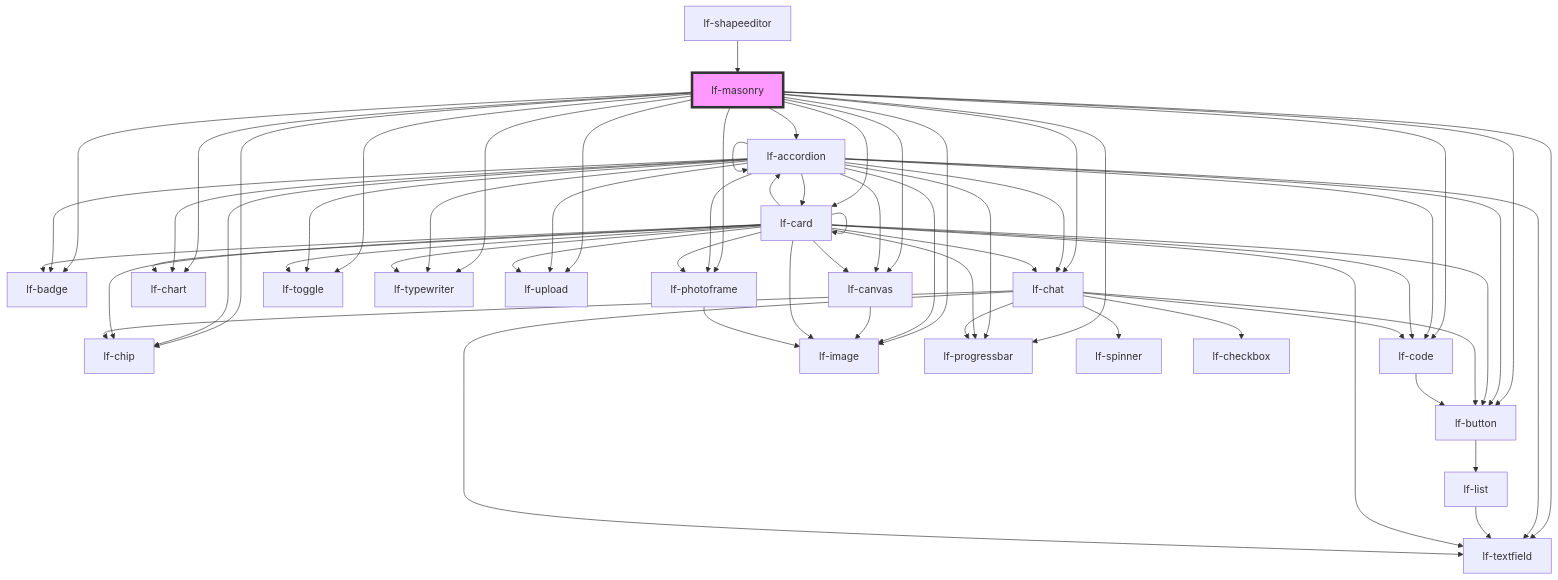
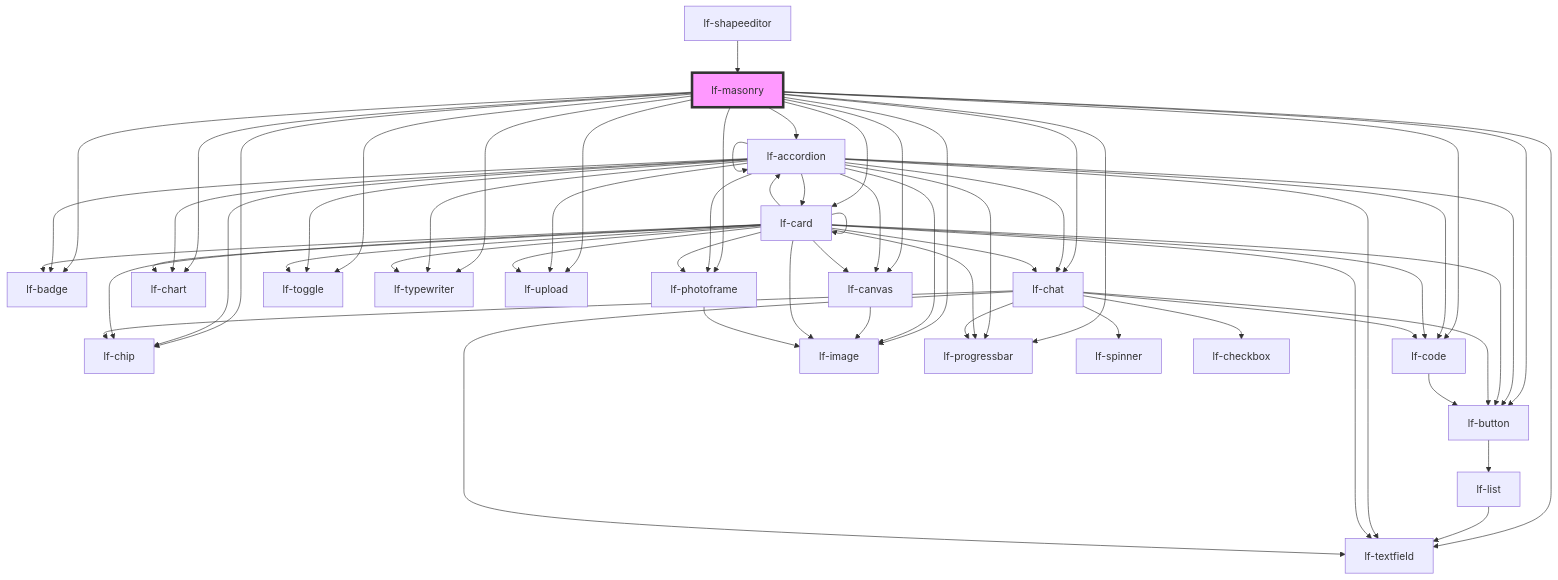
Before and after one commit to lucafoscili/lf-widgets: the diagram in packages/core/src/components/lf-masonry/readme.md, drawn with Mermaid. The commit also changed other lines of this file and 191 other files, not shown here.

First line of the commit message:
chore: Refactor to functional component architecture for UI

````diff
--- a/packages/core/src/components/lf-masonry/readme.md
+++ b/packages/core/src/components/lf-masonry/readme.md
@@ -175,65 +175,65 @@
 ```mermaid
 graph TD;
+  lf-masonry --> lf-button
   lf-masonry --> lf-accordion
   lf-masonry --> lf-badge
-  lf-masonry --> lf-button
   lf-masonry --> lf-canvas
   lf-masonry --> lf-card
   lf-masonry --> lf-chart
   lf-masonry --> lf-chat
   lf-masonry --> lf-chip
   lf-masonry --> lf-code
   lf-masonry --> lf-image
   lf-masonry --> lf-photoframe
   lf-masonry --> lf-progressbar
   lf-masonry --> lf-textfield
   lf-masonry --> lf-toggle
   lf-masonry --> lf-typewriter
   lf-masonry --> lf-upload
+  lf-button --> lf-list
+  lf-list --> lf-textfield
   lf-accordion --> lf-accordion
   lf-accordion --> lf-badge
   lf-accordion --> lf-button
   lf-accordion --> lf-canvas
   lf-accordion --> lf-card
   lf-accordion --> lf-chart
   lf-accordion --> lf-chat
   lf-accordion --> lf-chip
   lf-accordion --> lf-code
   lf-accordion --> lf-image
   lf-accordion --> lf-photoframe
   lf-accordion --> lf-progressbar
   lf-accordion --> lf-textfield
   lf-accordion --> lf-toggle
   lf-accordion --> lf-typewriter
   lf-accordion --> lf-upload
-  lf-button --> lf-list
-  lf-list --> lf-textfield
   lf-canvas --> lf-image
   lf-card --> lf-accordion
   lf-card --> lf-badge
   lf-card --> lf-button
   lf-card --> lf-canvas
   lf-card --> lf-card
   lf-card --> lf-chart
   lf-card --> lf-chat
   lf-card --> lf-chip
   lf-card --> lf-code
   lf-card --> lf-image
   lf-card --> lf-photoframe
   lf-card --> lf-progressbar
   lf-card --> lf-textfield
   lf-card --> lf-toggle
   lf-card --> lf-typewriter
   lf-card --> lf-upload
   lf-chat --> lf-chip
   lf-chat --> lf-button
   lf-chat --> lf-textfield
   lf-chat --> lf-spinner
   lf-chat --> lf-code
   lf-chat --> lf-progressbar
   lf-chat --> lf-checkbox
   lf-code --> lf-button
   lf-photoframe --> lf-image
   lf-shapeeditor --> lf-masonry
   style lf-masonry fill:#f9f,stroke:#333,stroke-width:4px
 ```
````
